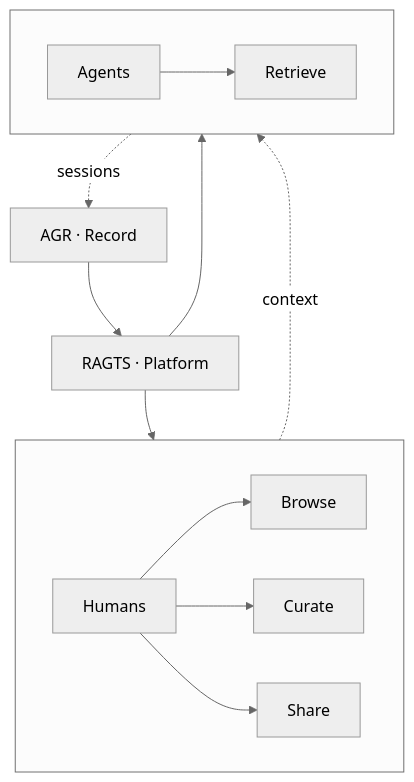
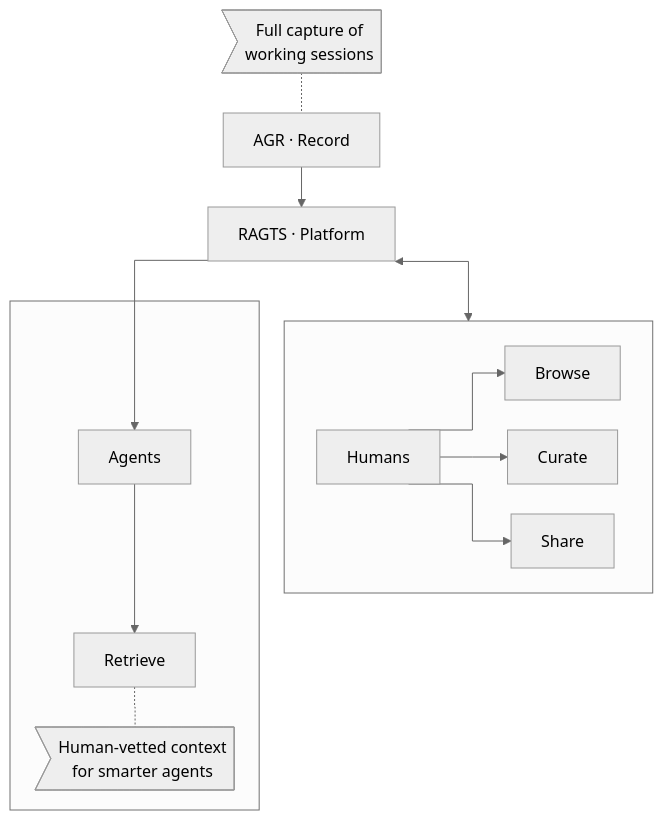
One commit to thiscantbeserious/ragts-learning-platform changed the diagram in README.md. Above: the diagram before and after it, drawn with Mermaid (neutral theme).

Commit message:
update graph

````diff
--- a/README.md
+++ b/README.md
@@ -28,22 +28,21 @@
 ```mermaid
+%%{ init: { 'flowchart': { 'curve': 'stepAfter', 'nodeSpacing': 30, 'rankSpacing': 40 } } }%%
 graph TD
+    AD>Full capture of<br/>working sessions] -.- A
     A[AGR · Record] --> R[RAGTS · Platform]
 
-    R --> H[Humans]
+    R <--> H[Humans]
     R --> AG[Agents]
 
     subgraph " "
         direction LR
         H --> Browse
         H --> Curate
         H --> Share
     end
 
     subgraph "  "
-        direction LR
         AG --> Retrieve
+        Retrieve -.- RD>Human-vetted context<br/>for smarter agents]
     end
-
-    Curate -.->|context| AG
-    AG -.->|sessions| A
 ```
````
